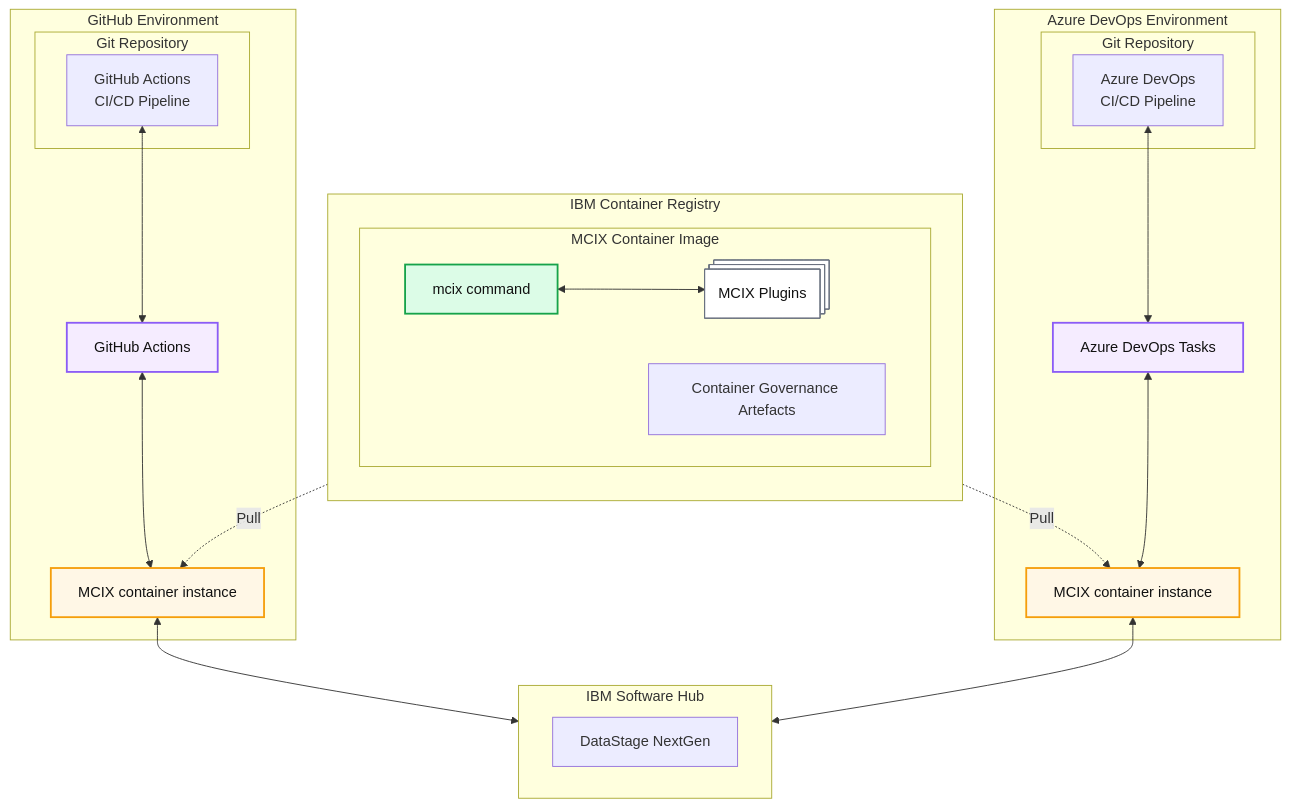
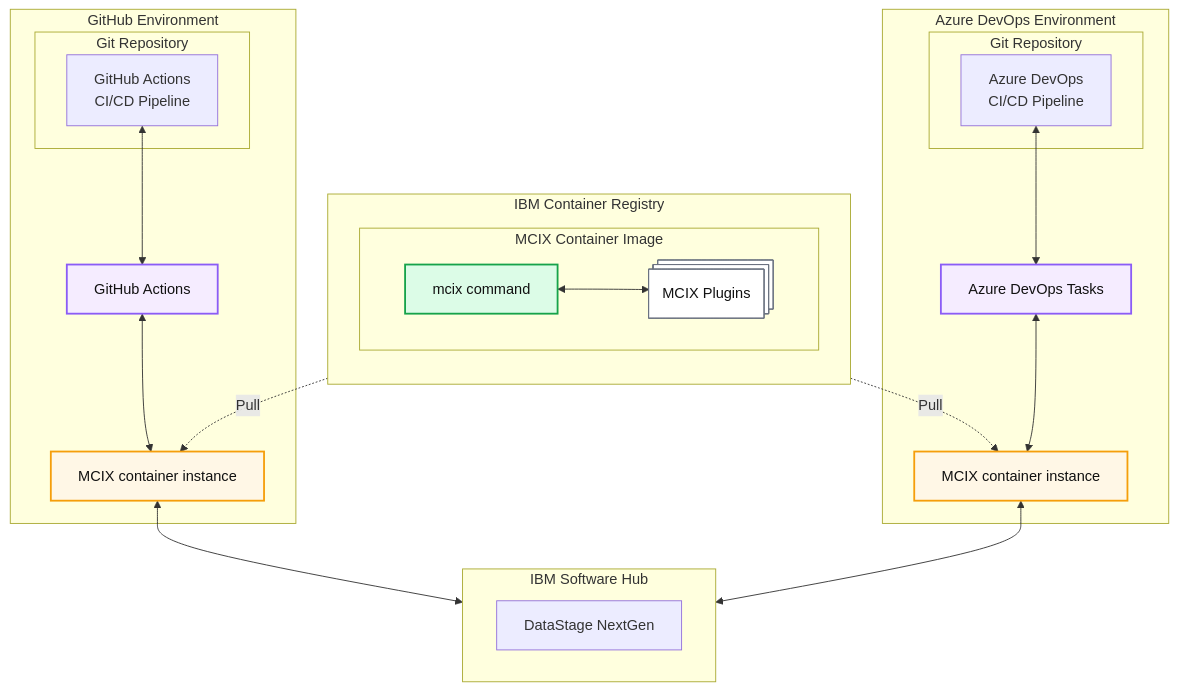
Before and after one commit to MettleCI/mcix: the diagram in ARCHITECTURE.md, drawn with Mermaid.

Commit message:
Comment out GOV node in architecture diagram
Commented out the GOV node in the architecture diagram.

````diff
--- a/ARCHITECTURE.md
+++ b/ARCHITECTURE.md
@@ -1,83 +1,83 @@
 ```mermaid
   flowchart TD
 
   %% =========================
   %% Styles
   %% =========================
   classDef registry fill:#333333,stroke:#3b82f6,stroke-width:2px,color:#111;
   classDef image fill:#eefbf3,stroke:#22c55e,stroke-width:2px,color:#111;
   classDef runtime fill:#fff7e6,stroke:#f59e0b,stroke-width:2px,color:#111;
   classDef tooling fill:#f5ecff,stroke:#8b5cf6,stroke-width:2px,color:#111;
   classDef plugin fill:#ffffff,stroke:#6b7280,stroke-width:1px,color:#111;
   classDef command fill:#dcfce7,stroke:#16a34a,stroke-width:2px,color:#111;
 
   %% =========================
   %% GitHub environment
   %% =========================
   subgraph GH["GitHub Environment"]
       subgraph GHREPO["Git Repository"]
         GHPIPE["GitHub Actions<br/>CI/CD Pipeline"]
       end
       GHCONT["MCIX container instance"]
       GHA["GitHub Actions"]
   end
   class GHA tooling
   class GHCONT runtime
 
   %% GH Tooling references 
   GHPIPE <--> GHA
   GHA <--> GHCONT
 
   %% =========================
   %% Registry
   %% =========================
   subgraph REG["IBM Container Registry"]
       direction TB
 
       %% Image internals
       subgraph IMG["MCIX Container Image"]
           MCIX["mcix command"]
           PLUGINS@{ shape: procs, label: "MCIX Plugins"}
-          GOV["Container Governance Artefacts"]
+          %% GOV["Container Governance Artefacts"]
       end
       class MCIX command
       class PLUGINS plugin
       class IMG image
 
   end
   %% class REG registry
 
   MCIX <--> PLUGINS
 
   subgraph CPD["IBM Software Hub"]
     DATASTAGE["DataStage NextGen"]
   end
 
   %% =========================
   %% Azure DevOps environment
   %% =========================
   subgraph ADO["Azure DevOps Environment"]
       subgraph ADOREPO["Git Repository"]
         ADOPIPE["Azure DevOps<br/>CI/CD Pipeline"]
       end
       ADOT["Azure DevOps Tasks"]
       ADOCONT["MCIX container instance"]
   end
   class ADOT tooling
   class ADOCONT runtime
 
   %% =========================
   %% Distribution from registry
   %% =========================
   IMG -. Pull .-> GHCONT
   IMG -. Pull .-> ADOCONT
 
   %% ADO Tooling references 
   ADOPIPE <--> ADOT
   ADOT <--> ADOCONT
 
   %% Action/Task links to CPD
   GHCONT <--> CPD
   ADOCONT <--> CPD
 
 ```
````
